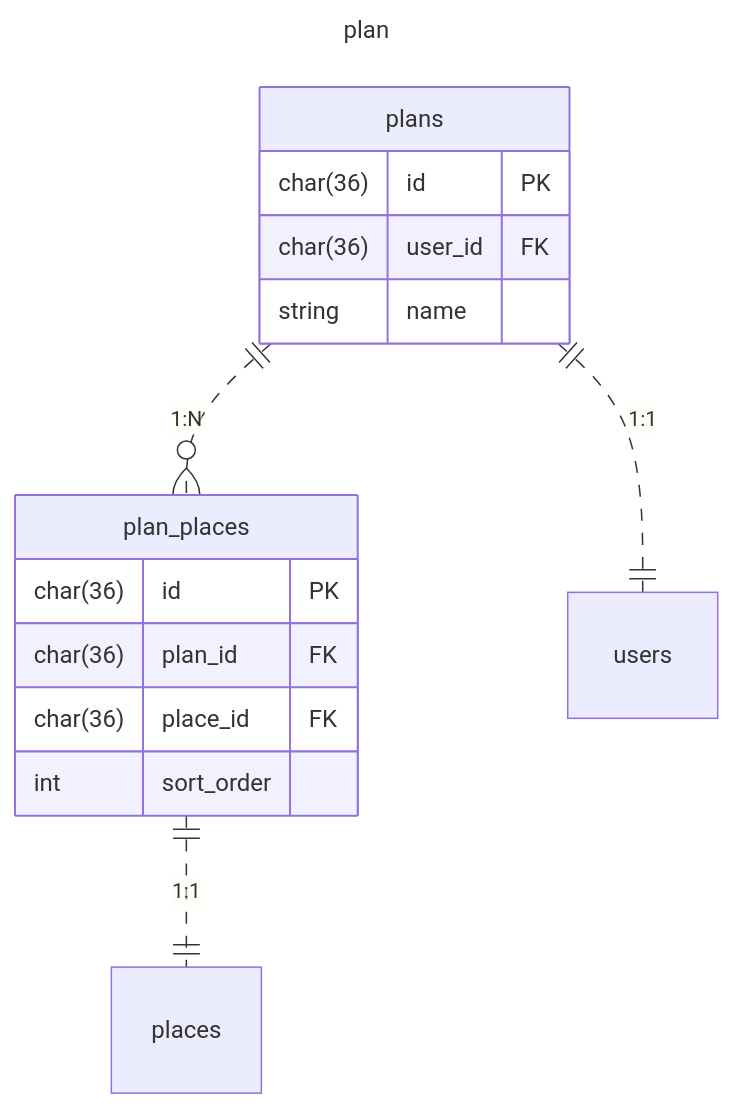
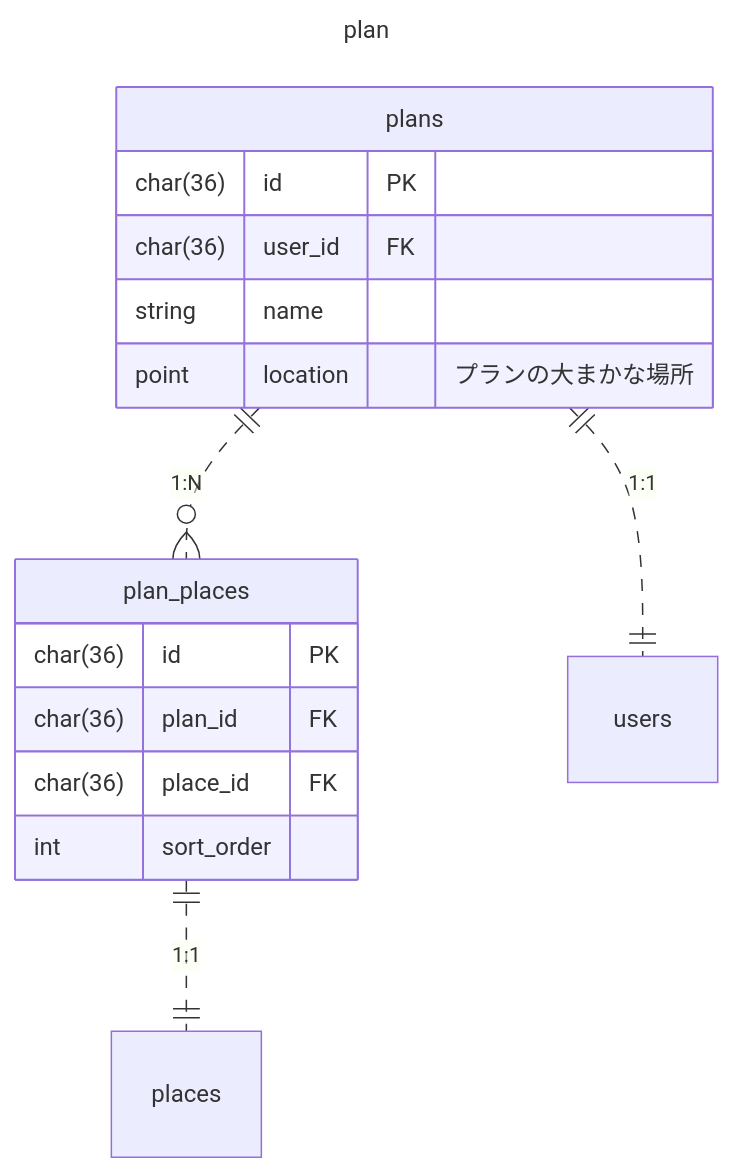
The fourth of 5 diagrams in doc/database/er.md (poroto-app/planner), drawn with Mermaid before and after one commit.

Commit message:
doc: planに位置情報を追加

````diff
--- a/doc/database/er.md
+++ b/doc/database/er.md
@@ -166,22 +166,23 @@
 ```mermaid
 ---
 title: plan
 ---
 erDiagram
     plans {
         char(36) id PK
         char(36) user_id FK
         string name
+        point location "プランの大まかな場所"
     }
 
     plan_places {
         char(36) id PK
         char(36) plan_id FK
         char(36) place_id FK
         int sort_order
     }
 
     plans ||..o{ plan_places: "1:N"
     plans ||..|| users: "1:1"
     plan_places ||..|| places: "1:1"
 ```
````
